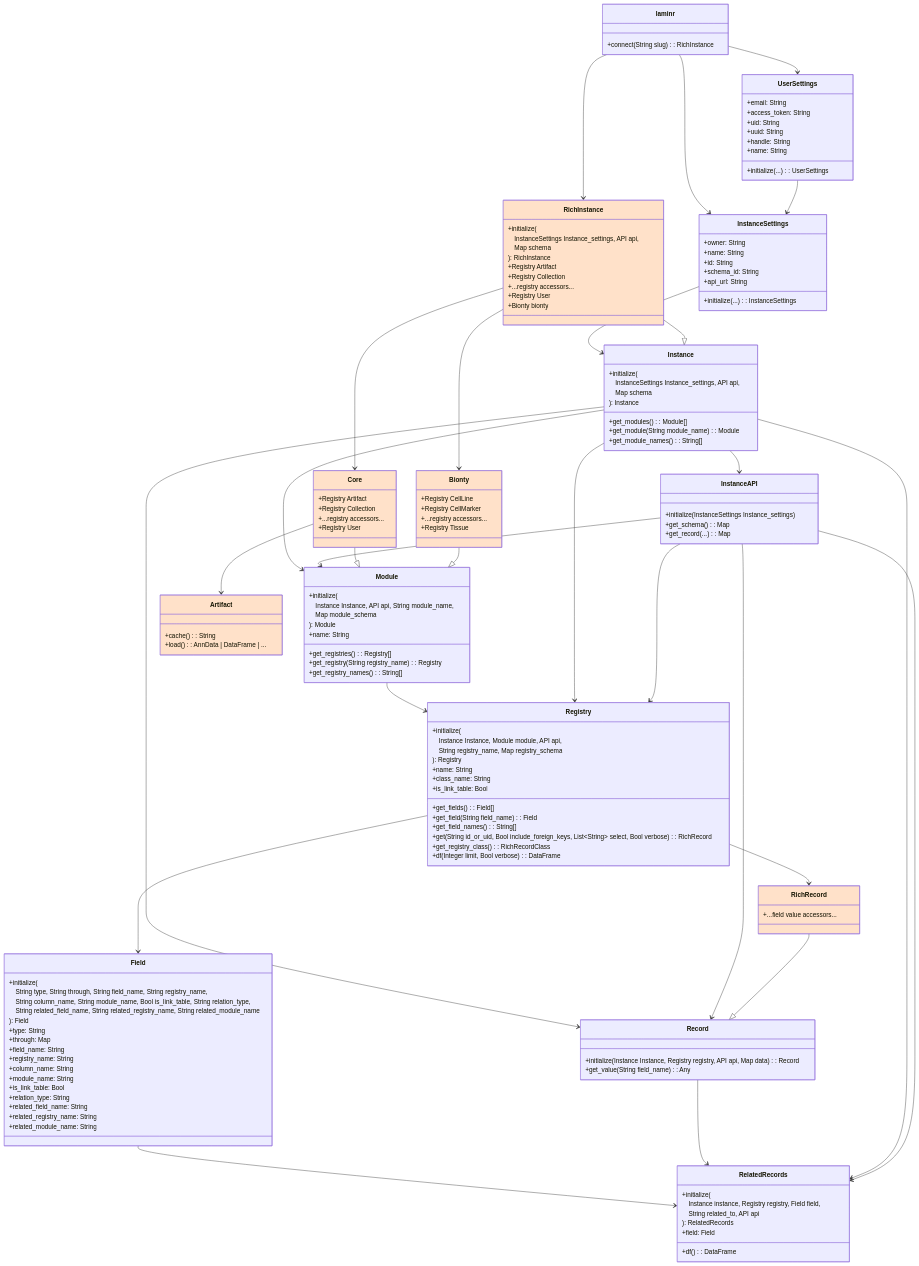
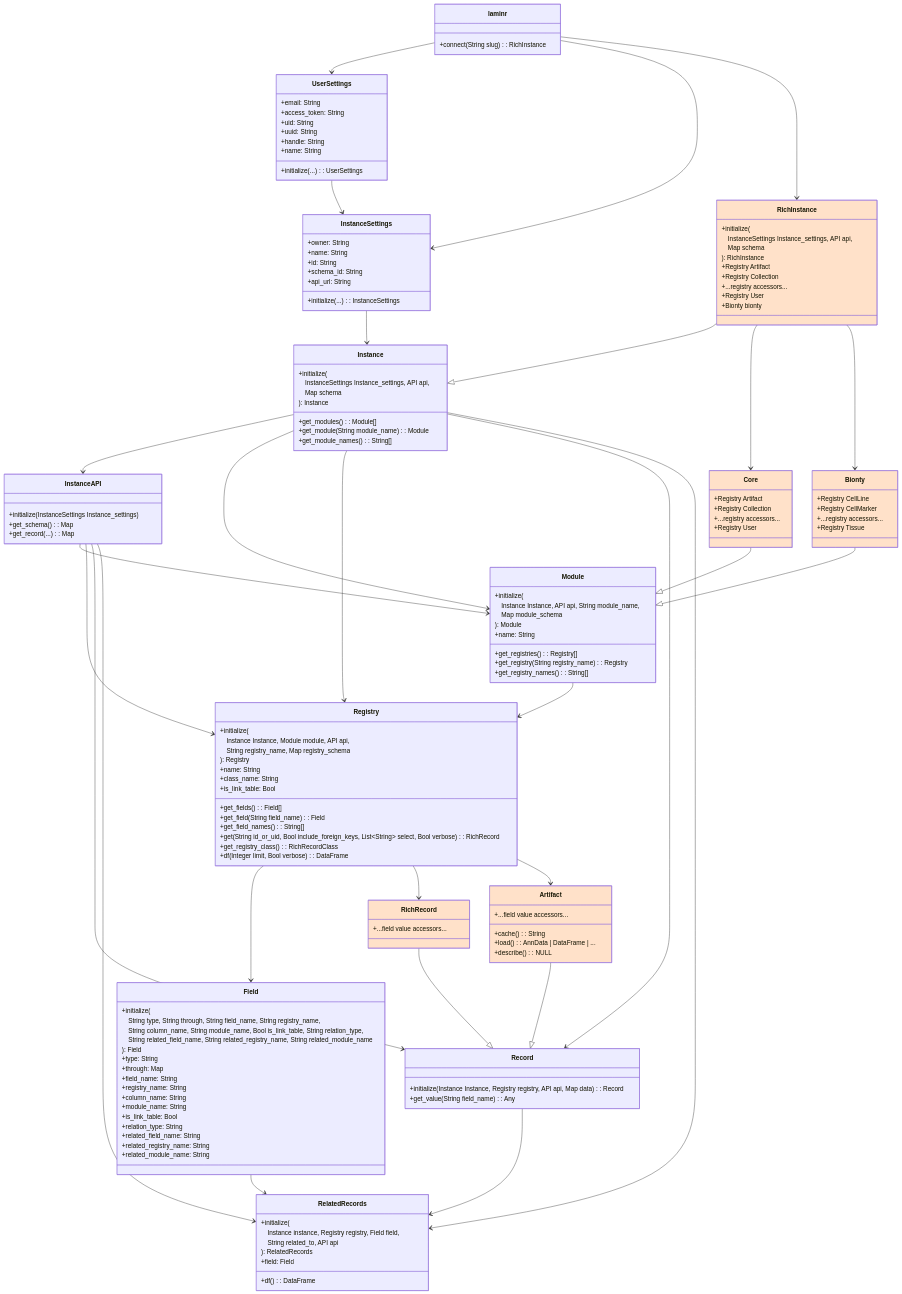
The second of 2 diagrams in vignettes/architecture.qmd (laminlabs/laminr), drawn with Mermaid before and after one commit.

Commit message:
Move Artifact to inherit from Record in diagram

```diff
--- a/vignettes/architecture.qmd
+++ b/vignettes/architecture.qmd
@@ -191,11 +191,12 @@
     laminr --> RichInstance
     Core --|> Module
     RichInstance --> Core
-    Core --> Artifact
     Bionty --|> Module
     RichInstance --> Bionty
     Registry --> RichRecord
     RichRecord --|> Record
+    Registry --> Artifact
+    Artifact --|> Record
     %% -------------------------------------------------------------------------
     
     %% --- Copied from base diagram --------------------------------------------
@@ -322,8 +323,10 @@
     }
     style RichRecord fill:#ffe1c9
     class Artifact{
+        +...field value accessors...
         +cache(): String
         +load(): AnnData | DataFrame | ...
+        +describe(): NULL
     }
     style Artifact fill:#ffe1c9
     %% -------------------------------------------------------------------------
```
